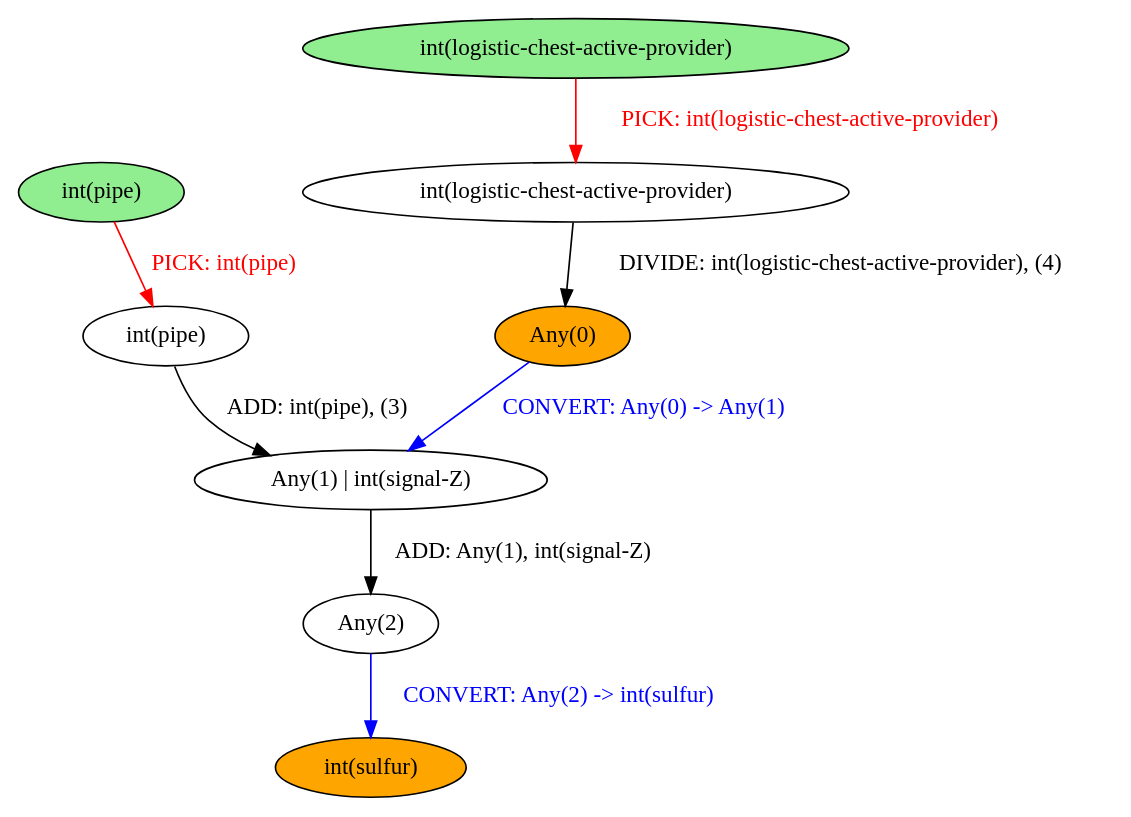
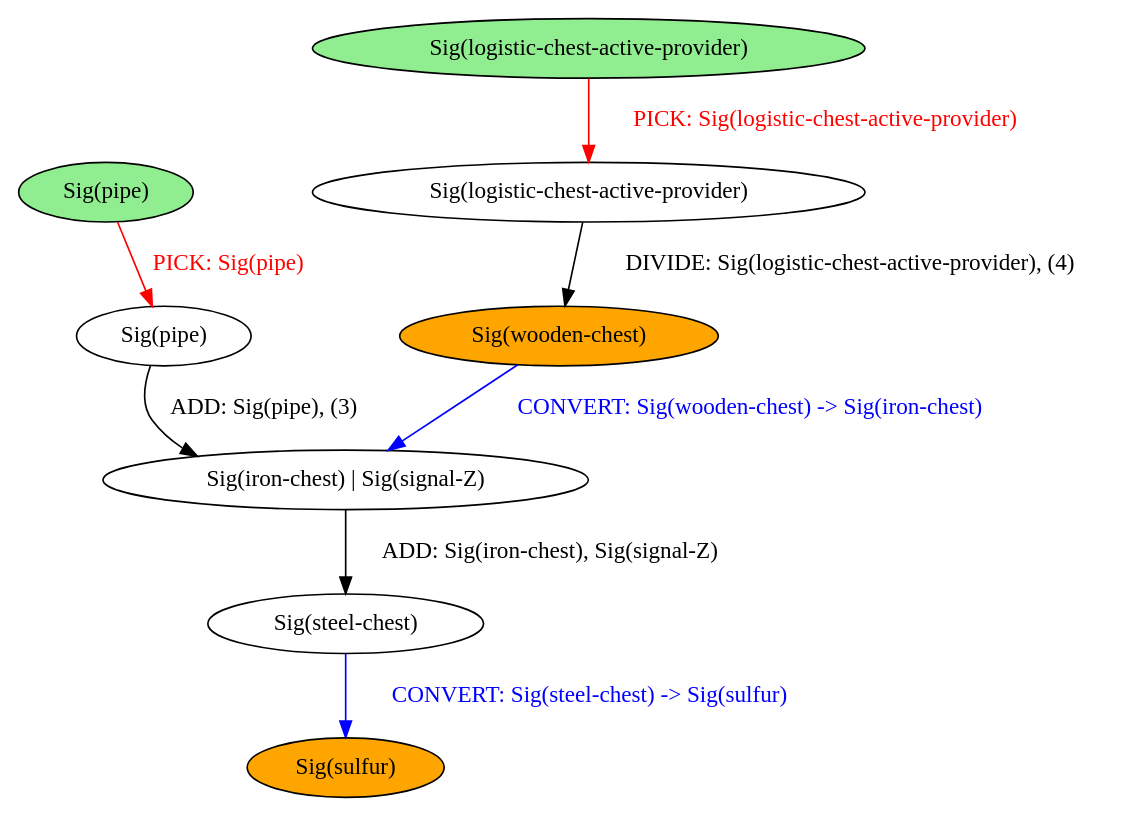
One commit to BalderHolst/chef changed the diagram in chef/example_outputs/simple_block.dot. Above: the diagram before and after it, drawn with Graphviz. The commit also changed other lines of this file and 15 other files, not shown here.

```diff
--- a/chef/example_outputs/simple_block.dot
+++ b/chef/example_outputs/simple_block.dot
@@ -1,18 +1,18 @@
 strict digraph {
 	nodesep=1
-	4	[style=filled fillcolor=white label="int(logistic-chest-active-provider)"]
-	6	[style=filled fillcolor=orange label="Any(0)"]
-	1	[style=filled fillcolor=lightgreen label="int(pipe)"]
-	0	[style=filled fillcolor=lightgreen label="int(logistic-chest-active-provider)"]
-	15	[style=filled fillcolor=white label="Any(2)"]
-	14	[style=filled fillcolor=white label="Any(1) | int(signal-Z)"]
-	9	[style=filled fillcolor=white label="int(pipe)"]
-	16	[style=filled fillcolor=orange label="int(sulfur)"]
-	4 -> 6	[label="DIVIDE: int(logistic-chest-active-provider), (4)" color=black fontcolor=black]
-	6 -> 14	[label="CONVERT: Any(0) -> Any(1)" color=blue fontcolor=blue]
-	1 -> 9	[label="PICK: int(pipe)" color=red fontcolor=red]
-	0 -> 4	[label="PICK: int(logistic-chest-active-provider)" color=red fontcolor=red]
-	15 -> 16	[label="CONVERT: Any(2) -> int(sulfur)" color=blue fontcolor=blue]
-	14 -> 15	[label="ADD: Any(1), int(signal-Z)" color=black fontcolor=black]
-	9 -> 14	[label="ADD: int(pipe), (3)" color=black fontcolor=black]
+	4	[style=filled fillcolor=white label="Sig(logistic-chest-active-provider)"]
+	6	[style=filled fillcolor=orange label="Sig(wooden-chest)"]
+	1	[style=filled fillcolor=lightgreen label="Sig(pipe)"]
+	0	[style=filled fillcolor=lightgreen label="Sig(logistic-chest-active-provider)"]
+	15	[style=filled fillcolor=white label="Sig(steel-chest)"]
+	14	[style=filled fillcolor=white label="Sig(iron-chest) | Sig(signal-Z)"]
+	9	[style=filled fillcolor=white label="Sig(pipe)"]
+	16	[style=filled fillcolor=orange label="Sig(sulfur)"]
+	4 -> 6	[label="DIVIDE: Sig(logistic-chest-active-provider), (4)" color=black fontcolor=black]
+	6 -> 14	[label="CONVERT: Sig(wooden-chest) -> Sig(iron-chest)" color=blue fontcolor=blue]
+	1 -> 9	[label="PICK: Sig(pipe)" color=red fontcolor=red]
+	0 -> 4	[label="PICK: Sig(logistic-chest-active-provider)" color=red fontcolor=red]
+	15 -> 16	[label="CONVERT: Sig(steel-chest) -> Sig(sulfur)" color=blue fontcolor=blue]
+	14 -> 15	[label="ADD: Sig(iron-chest), Sig(signal-Z)" color=black fontcolor=black]
+	9 -> 14	[label="ADD: Sig(pipe), (3)" color=black fontcolor=black]
 }
```
